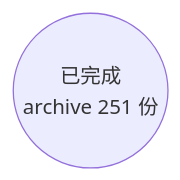
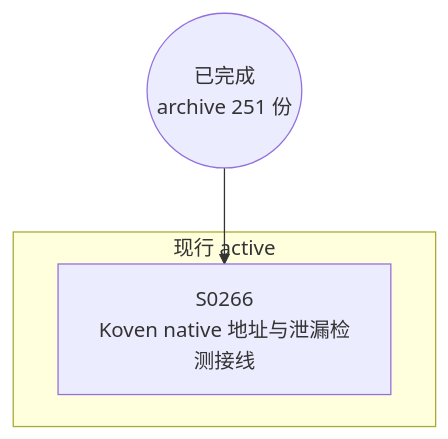
The diagram in docs/specs/dependency-graph.md (Halckon/Koven), drawn with Mermaid before and after one commit. The commit also changed other lines of this file and 17 other files, not shown here.

````diff
--- a/docs/specs/dependency-graph.md
+++ b/docs/specs/dependency-graph.md
@@ -9,4 +9,8 @@
 ```mermaid
 flowchart TD
 ARCH(("已完成<br/>archive 251 份"))
+subgraph Gactive["现行 active"]
+  S0266["S0266<br/>Koven native 地址与泄漏检测接线"]
+end
+ARCH --> S0266
 ```
````
